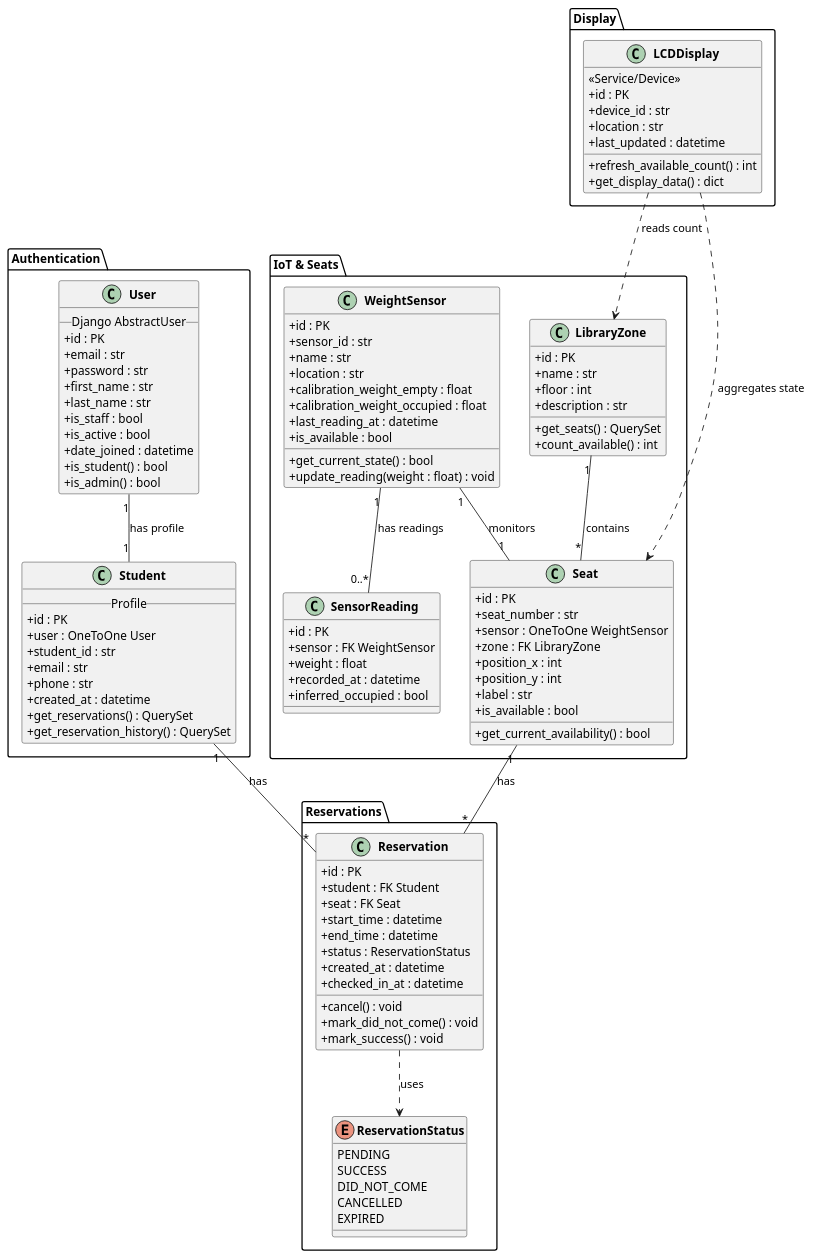
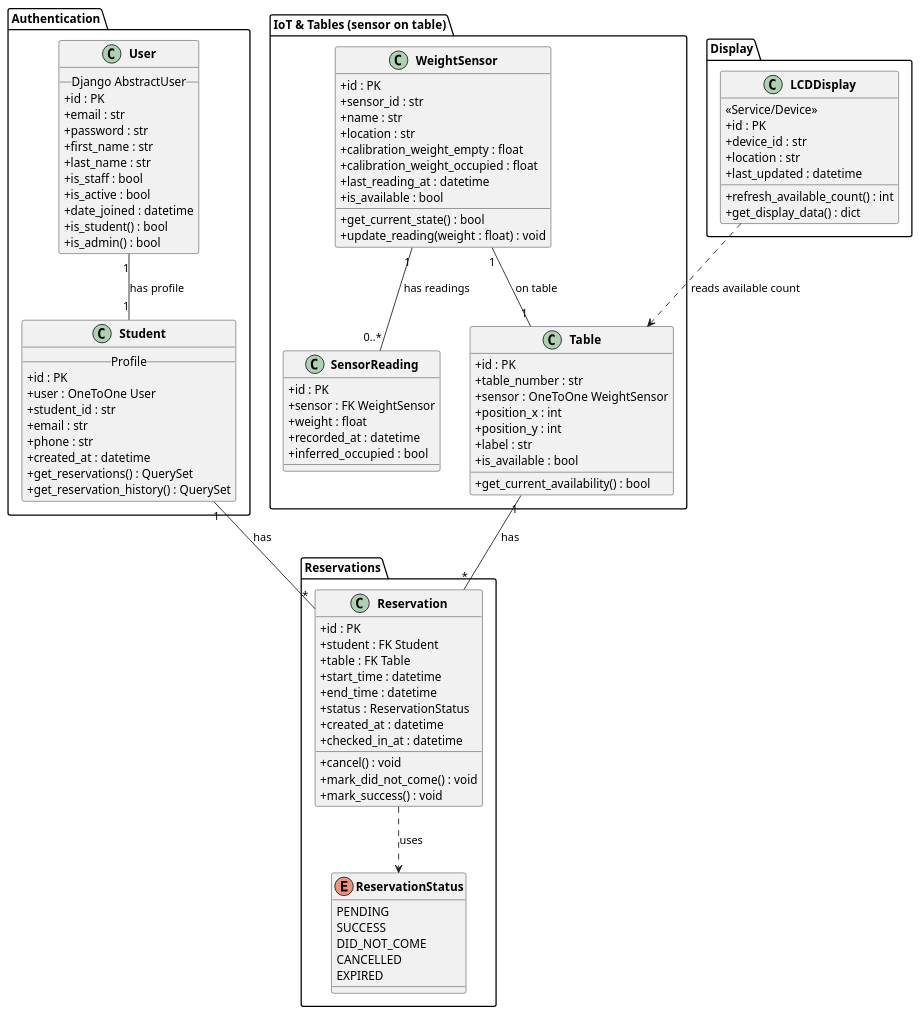
The second of 2 diagrams in docs/CLASS_DIAGRAM.md (LinThitHtwe/Capstone_backend), drawn with PlantUML before and after one commit. The commit also changed other lines of this file, not shown here.

Commit message:
[modify] class diagram

````diff
--- a/docs/CLASS_DIAGRAM.md
+++ b/docs/CLASS_DIAGRAM.md
@@ -162,5 +149,5 @@
 ```plantuml
-@startuml Library Seat Reservation - Class Diagram
+@startuml Library Table Reservation - Class Diagram
 skinparam classAttributeIconSize 0
 skinparam classFontStyle bold
 
@@ -191,7 +178,7 @@
   }
 }
 
-package "IoT & Seats" {
+package "IoT & Tables (sensor on table)" {
   class WeightSensor {
     + id : PK
     + sensor_id : str
@@ -211,24 +198,15 @@
     + recorded_at : datetime
     + inferred_occupied : bool
   }
-  class Seat {
+  class Table {
     + id : PK
-    + seat_number : str
+    + table_number : str
     + sensor : OneToOne WeightSensor
-    + zone : FK LibraryZone
     + position_x : int
     + position_y : int
     + label : str
     + is_available : bool
     + get_current_availability() : bool
-  }
-  class LibraryZone {
-    + id : PK
-    + name : str
-    + floor : int
-    + description : str
-    + get_seats() : QuerySet
-    + count_available() : int
   }
 }
 
@@ -243,7 +221,7 @@
   class Reservation {
     + id : PK
     + student : FK Student
-    + seat : FK Seat
+    + table : FK Table
     + start_time : datetime
     + end_time : datetime
     + status : ReservationStatus
@@ -269,13 +247,11 @@
 
 User "1" -- "1" Student : has profile
 WeightSensor "1" -- "0..*" SensorReading : has readings
-WeightSensor "1" -- "1" Seat : monitors
-LibraryZone "1" -- "*" Seat : contains
+WeightSensor "1" -- "1" Table : on table
 Student "1" -- "*" Reservation : has
-Seat "1" -- "*" Reservation : has
+Table "1" -- "*" Reservation : has
 Reservation ..> ReservationStatus : uses
-LCDDisplay ..> LibraryZone : reads count
-LCDDisplay ..> Seat : aggregates state
+LCDDisplay ..> Table : reads available count
 
 @enduml
 ```
````
